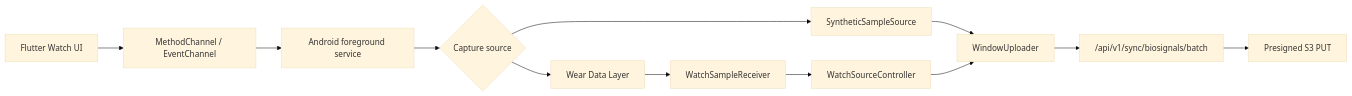
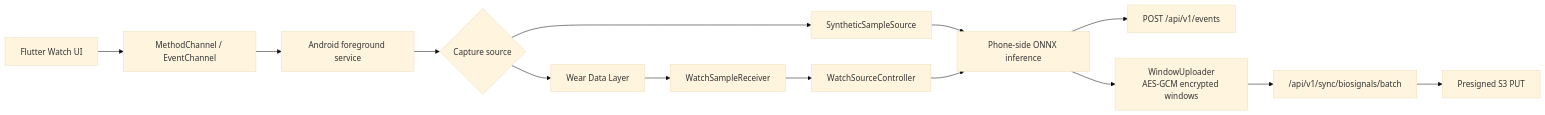
One commit to kookmin-sw/2026-capstone-18 changed the diagram in frontend/README.md. Above: the diagram before and after it, drawn with Mermaid (base theme). The commit also changed other lines of this file and 8 other files, not shown here.

````diff
--- a/frontend/README.md
+++ b/frontend/README.md
@@ -115,14 +134,16 @@
 ```mermaid
 flowchart LR
     UI["Flutter Watch UI"] --> Bridge["MethodChannel / EventChannel"]
     Bridge --> Service["Android foreground service"]
     Service --> Source{"Capture source"}
     Source --> Wear["Wear Data Layer"]
     Source --> Synthetic["SyntheticSampleSource"]
     Wear --> Receiver["WatchSampleReceiver"]
     Receiver --> Buffer["WatchSourceController"]
-    Synthetic --> Uploader["WindowUploader"]
-    Buffer --> Uploader
+    Synthetic --> Inference["Phone-side ONNX inference"]
+    Buffer --> Inference
+    Inference --> Events["POST /api/v1/events"]
+    Inference --> Uploader["WindowUploader<br/>AES-GCM encrypted windows"]
     Uploader --> Batch["/api/v1/sync/biosignals/batch"]
     Batch --> S3["Presigned S3 PUT"]
 ```
````
